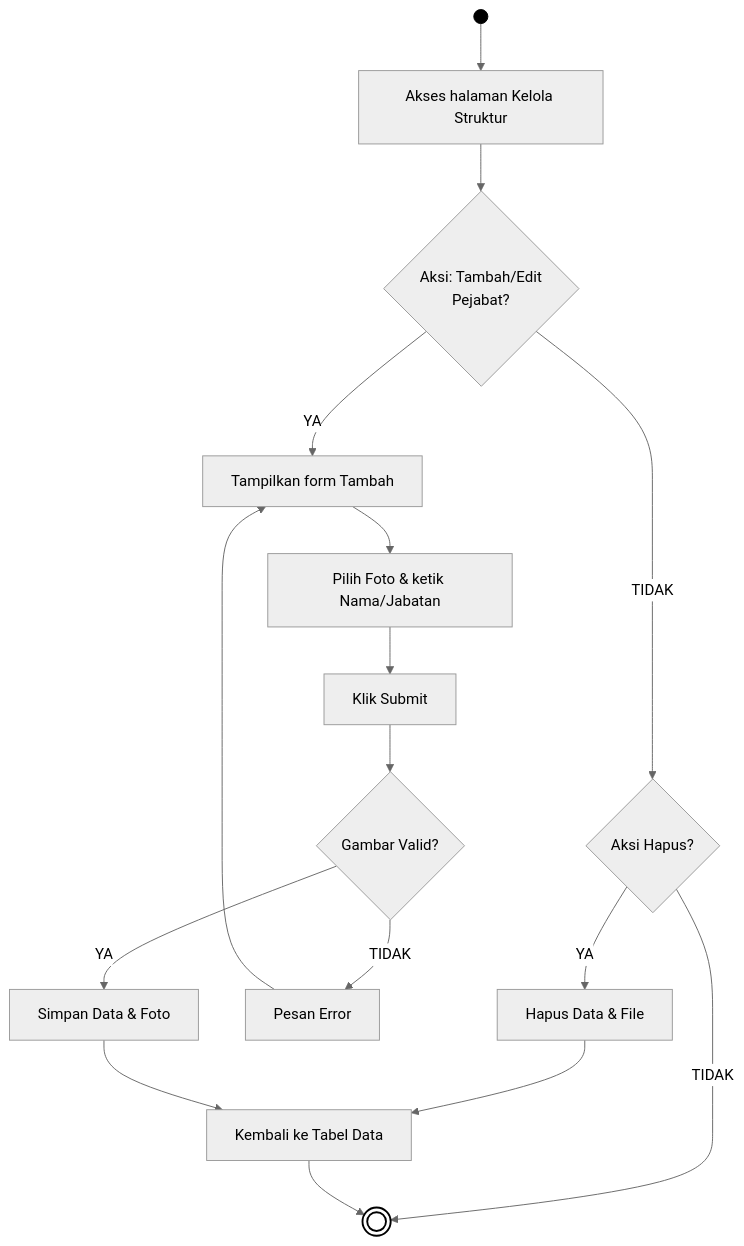
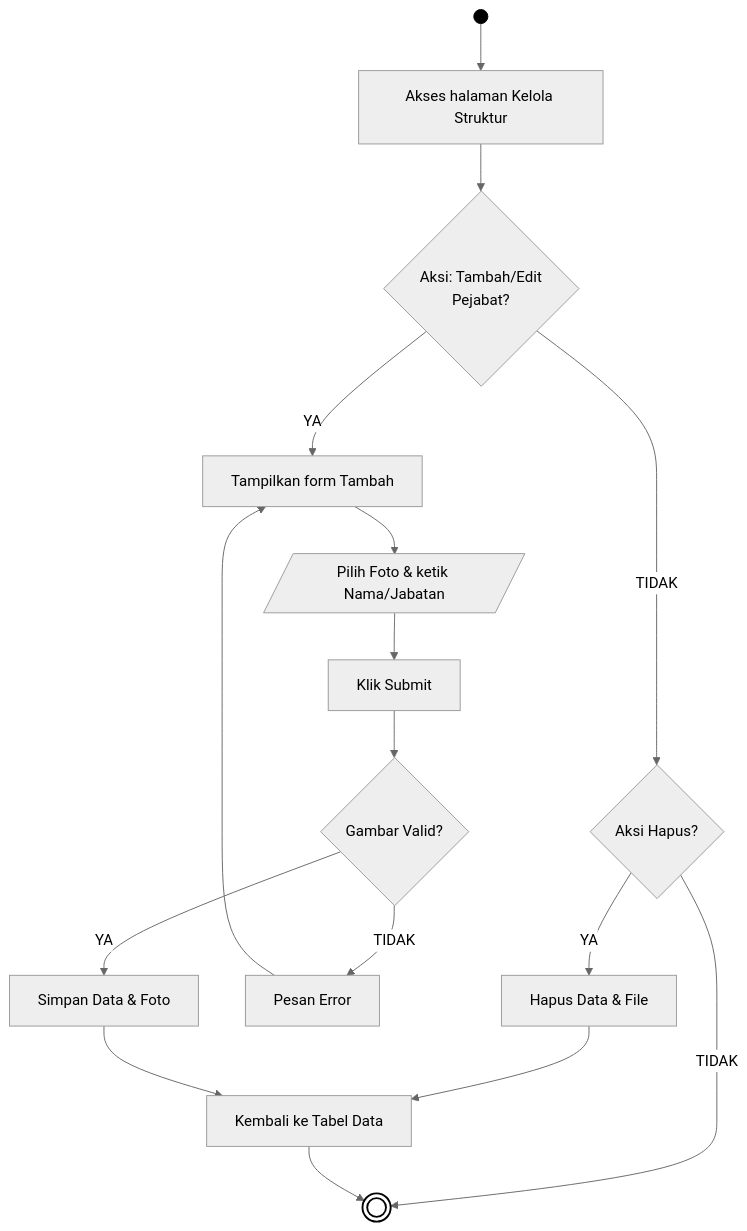
The third of 21 diagrams in docs/01_DIAGRAM_AKTIVITAS.md (arbain-dev/Web_fikom), drawn with Mermaid (neutral theme) before and after one commit. The commit also changed other lines of this file and 2 other files, not shown here.

Commit message:
docs: perbaiki bentuk IO pada flowchart

````diff
--- a/docs/01_DIAGRAM_AKTIVITAS.md
+++ b/docs/01_DIAGRAM_AKTIVITAS.md
@@ -82,26 +82,26 @@
 ```mermaid
 flowchart TD
     Start(( )) --> A[Akses halaman Kelola Struktur]
     
     A --> B{Aksi: Tambah/Edit\nPejabat?}
     
     B -- TIDAK --> Hapus{Aksi Hapus?}
     Hapus -- YA --> HC[Hapus Data & File]
     Hapus -- TIDAK --> End((( )))
     HC --> I[Kembali ke Tabel Data]
     
     B -- YA --> C[Tampilkan form Tambah]
-    C --> D[Pilih Foto & ketik Nama/Jabatan]
+    C --> D[/Pilih Foto & ketik Nama/Jabatan/]
     D --> E[Klik Submit]
     E --> F{Gambar Valid?}
     
     F -- TIDAK --> G[Pesan Error]
     G --> C
     
     F -- YA --> H[Simpan Data & Foto]
     H --> I
     I --> End
     
     style Start fill:#000,stroke:#000,color:#000
     style End fill:#fff,stroke:#000,stroke-width:2px
 ```
````
